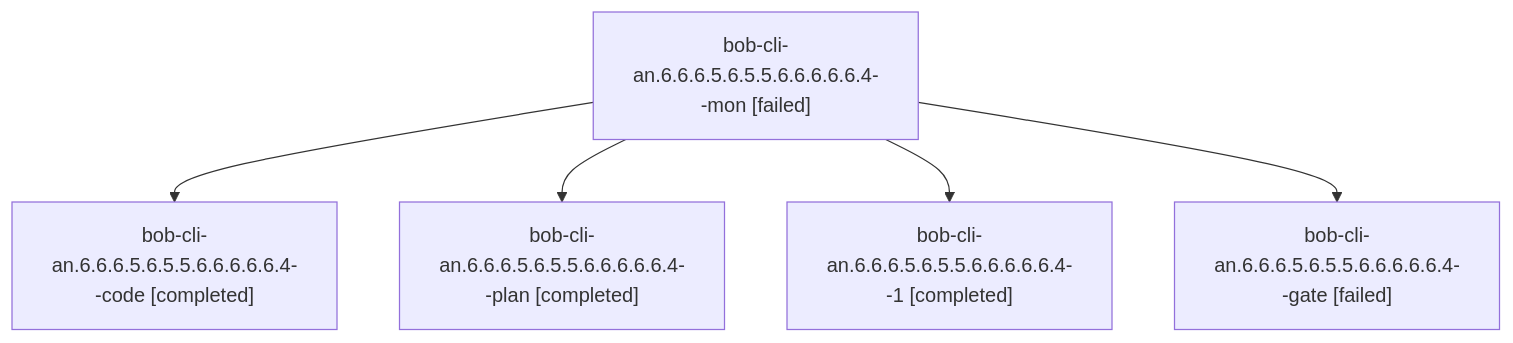
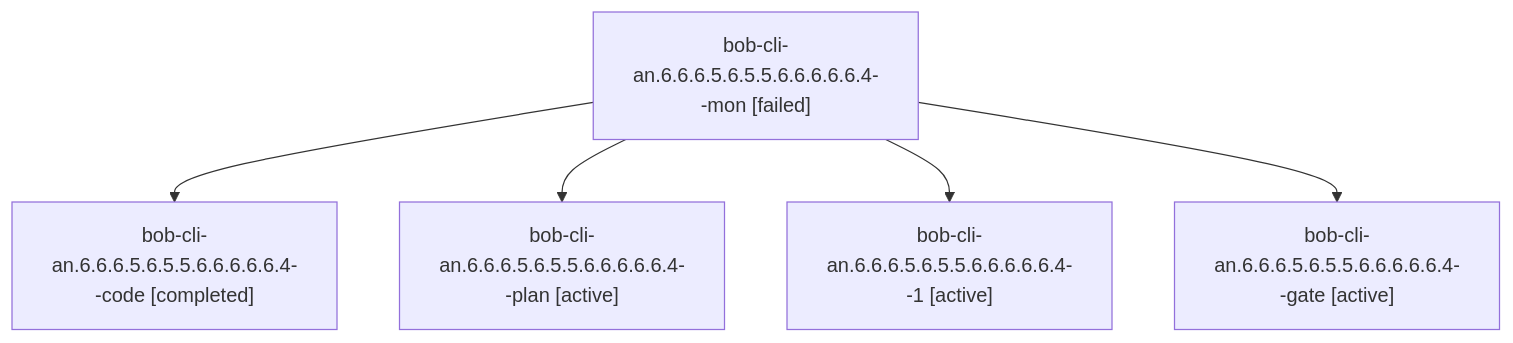
One commit to bobs-org/bob-cli--agents changed the diagram in sessions/bbugyi200.athena.bob-cli-an.6.6.6.5.6.5.5.6.6.6.6.6.4.md. Above: the diagram before and after it, drawn with Mermaid. The commit also changed other lines of this file and 542 other files, not shown here.

````diff
--- a/sessions/bbugyi200.athena.bob-cli-an.6.6.6.5.6.5.5.6.6.6.6.6.4.md
+++ b/sessions/bbugyi200.athena.bob-cli-an.6.6.6.5.6.5.5.6.6.6.6.6.4.md
@@ -9,12 +9,12 @@
 ```mermaid
 flowchart TD
   n0["bob-cli-an.6.6.6.5.6.5.5.6.6.6.6.6.4--mon [failed]"]
   n1["bob-cli-an.6.6.6.5.6.5.5.6.6.6.6.6.4--code [completed]"]
   n0 --> n1
-  n2["bob-cli-an.6.6.6.5.6.5.5.6.6.6.6.6.4--plan [completed]"]
+  n2["bob-cli-an.6.6.6.5.6.5.5.6.6.6.6.6.4--plan [active]"]
   n0 --> n2
-  n3["bob-cli-an.6.6.6.5.6.5.5.6.6.6.6.6.4--1 [completed]"]
+  n3["bob-cli-an.6.6.6.5.6.5.5.6.6.6.6.6.4--1 [active]"]
   n0 --> n3
-  n4["bob-cli-an.6.6.6.5.6.5.5.6.6.6.6.6.4--gate [failed]"]
+  n4["bob-cli-an.6.6.6.5.6.5.5.6.6.6.6.6.4--gate [active]"]
   n0 --> n4
 ```
````
